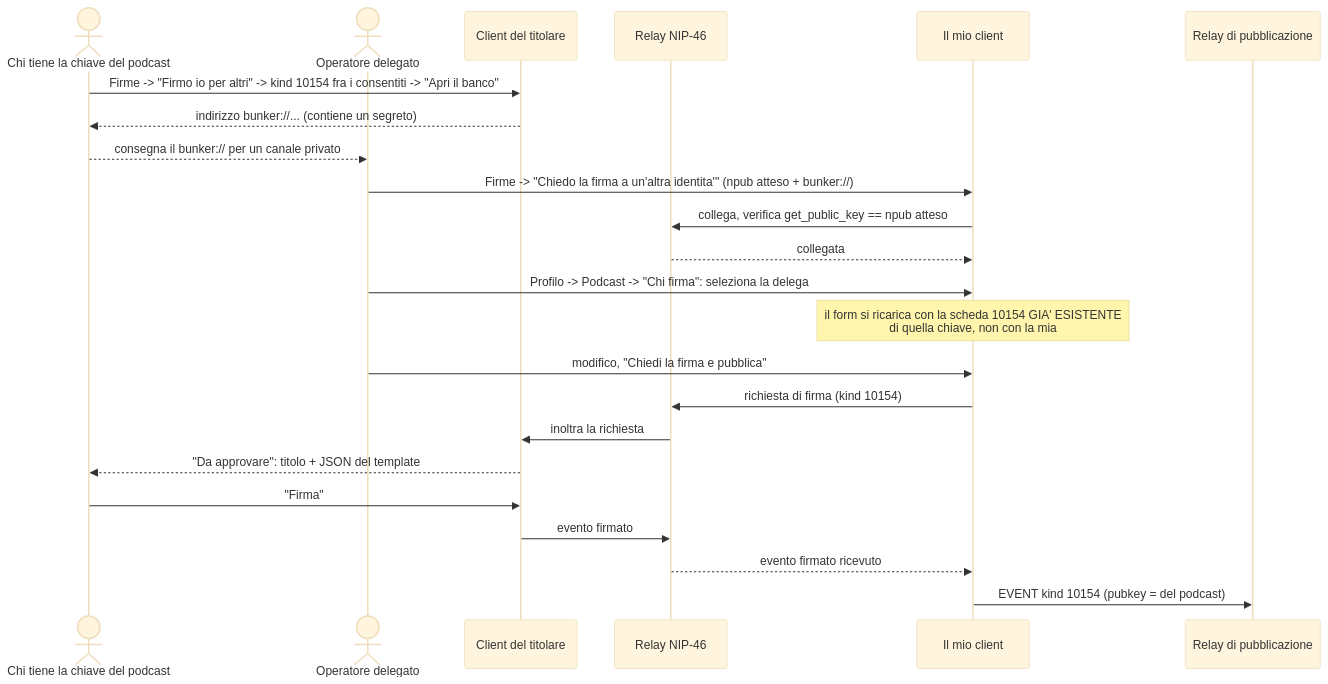
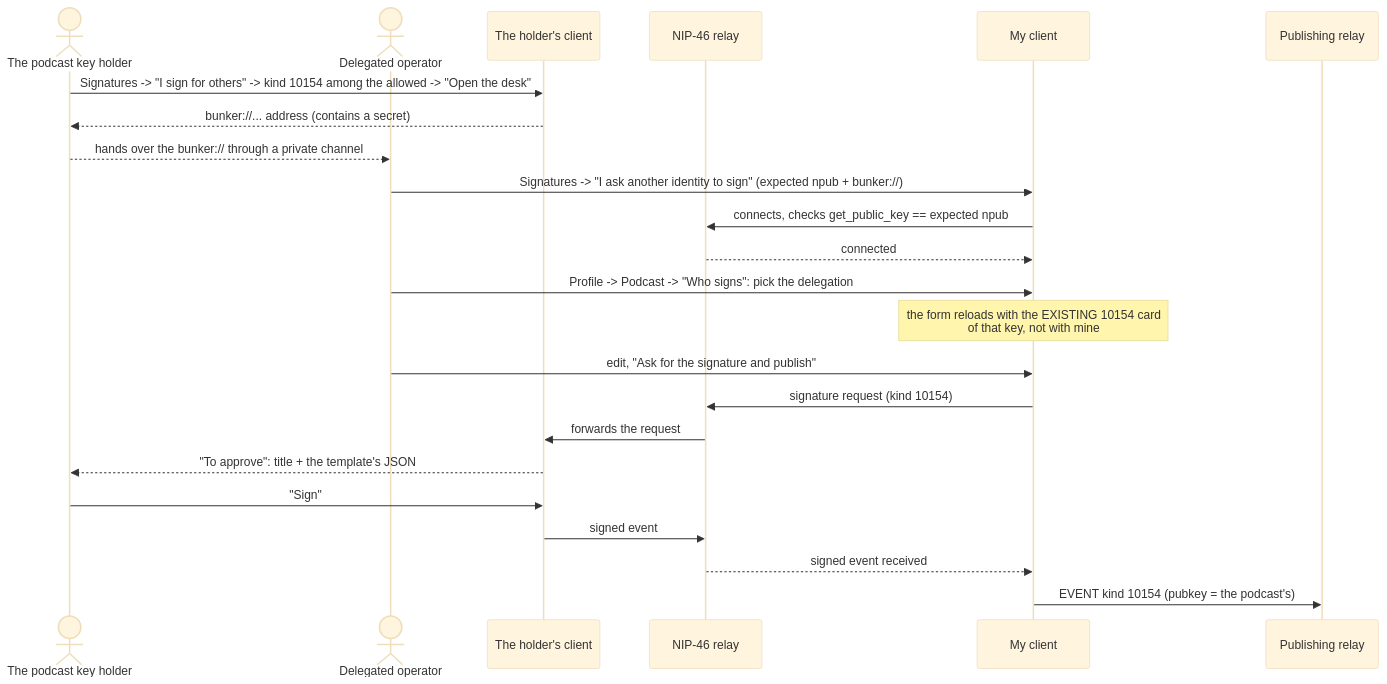
The third of 6 diagrams in docs/PODCAST.md (Tbc159/NostrMediaClient), drawn with Mermaid (base theme) before and after one commit. The commit also changed other lines of this file and 8 other files, not shown here.

````diff
--- a/docs/PODCAST.md
+++ b/docs/PODCAST.md
@@ -172,26 +172,26 @@
 ```mermaid
 sequenceDiagram
-    actor Titolare as Chi tiene la chiave del podcast
-    actor Io as Operatore delegato
-    participant BancoClient as Client del titolare
-    participant RelayIncontro as Relay NIP-46
-    participant MioClient as Il mio client
-    participant Relay as Relay di pubblicazione
+    actor Holder as The podcast key holder
+    actor Me as Delegated operator
+    participant DeskClient as The holder's client
+    participant MeetRelay as NIP-46 relay
+    participant MyClient as My client
+    participant Relay as Publishing relay
 
-    Titolare->>BancoClient: Firme -> "Firmo io per altri" -> kind 10154 fra i consentiti -> "Apri il banco"
-    BancoClient-->>Titolare: indirizzo bunker://... (contiene un segreto)
-    Titolare-->>Io: consegna il bunker:// per un canale privato
-    Io->>MioClient: Firme -> "Chiedo la firma a un'altra identita'" (npub atteso + bunker://)
-    MioClient->>RelayIncontro: collega, verifica get_public_key == npub atteso
-    RelayIncontro-->>MioClient: collegata
-    Io->>MioClient: Profilo -> Podcast -> "Chi firma": seleziona la delega
-    Note over MioClient: il form si ricarica con la scheda 10154 GIA' ESISTENTE<br/>di quella chiave, non con la mia
-    Io->>MioClient: modifico, "Chiedi la firma e pubblica"
-    MioClient->>RelayIncontro: richiesta di firma (kind 10154)
-    RelayIncontro->>BancoClient: inoltra la richiesta
-    BancoClient-->>Titolare: "Da approvare": titolo + JSON del template
-    Titolare->>BancoClient: "Firma"
-    BancoClient->>RelayIncontro: evento firmato
-    RelayIncontro-->>MioClient: evento firmato ricevuto
-    MioClient->>Relay: EVENT kind 10154 (pubkey = del podcast)
+    Holder->>DeskClient: Signatures -> "I sign for others" -> kind 10154 among the allowed -> "Open the desk"
+    DeskClient-->>Holder: bunker://... address (contains a secret)
+    Holder-->>Me: hands over the bunker:// through a private channel
+    Me->>MyClient: Signatures -> "I ask another identity to sign" (expected npub + bunker://)
+    MyClient->>MeetRelay: connects, checks get_public_key == expected npub
+    MeetRelay-->>MyClient: connected
+    Me->>MyClient: Profile -> Podcast -> "Who signs": pick the delegation
+    Note over MyClient: the form reloads with the EXISTING 10154 card<br/>of that key, not with mine
+    Me->>MyClient: edit, "Ask for the signature and publish"
+    MyClient->>MeetRelay: signature request (kind 10154)
+    MeetRelay->>DeskClient: forwards the request
+    DeskClient-->>Holder: "To approve": title + the template's JSON
+    Holder->>DeskClient: "Sign"
+    DeskClient->>MeetRelay: signed event
+    MeetRelay-->>MyClient: signed event received
+    MyClient->>Relay: EVENT kind 10154 (pubkey = the podcast's)
 ```
````
